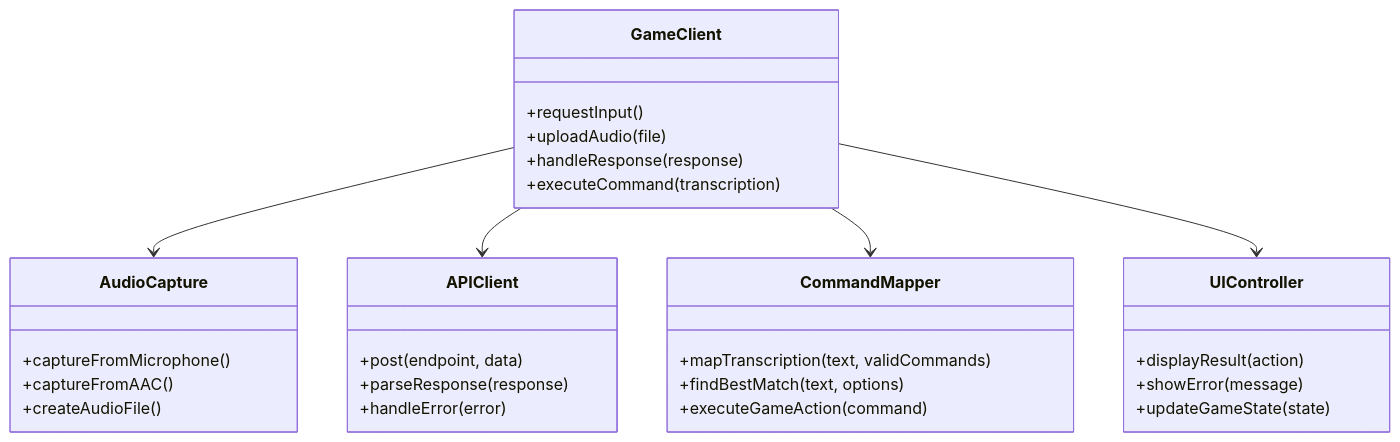
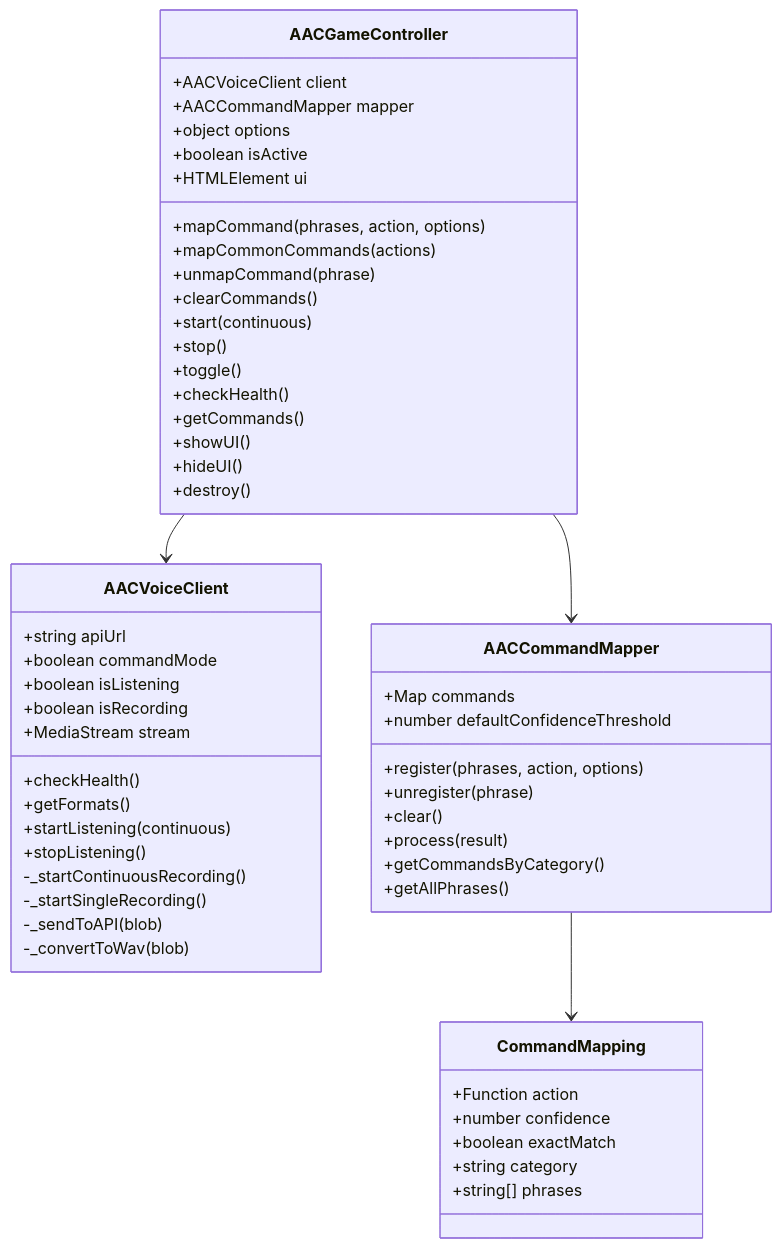
Before and after one commit to Capstone-Projects-2025-Fall/project-002-aac-api: the seventh of 7 diagrams in documentation/docs/system-architecture/design.md, drawn with Mermaid. The commit also changed other lines of this file, not shown here.

First line of the commit message:
updated design architecture

````diff
--- a/documentation/docs/system-architecture/design.md
+++ b/documentation/docs/system-architecture/design.md
@@ -414,38 +663,61 @@
 ```mermaid
 classDiagram
-    class GameClient {
-        +requestInput()
-        +uploadAudio(file)
-        +handleResponse(response)
-        +executeCommand(transcription)
+    class AACGameController {
+        +AACVoiceClient client
+        +AACCommandMapper mapper
+        +object options
+        +boolean isActive
+        +HTMLElement ui
+        +mapCommand(phrases, action, options)
+        +mapCommonCommands(actions)
+        +unmapCommand(phrase)
+        +clearCommands()
+        +start(continuous)
+        +stop()
+        +toggle()
+        +checkHealth()
+        +getCommands()
+        +showUI()
+        +hideUI()
+        +destroy()
     }
     
-    class AudioCapture {
-        +captureFromMicrophone()
-        +captureFromAAC()
-        +createAudioFile()
+    class AACVoiceClient {
+        +string apiUrl
+        +boolean commandMode
+        +boolean isListening
+        +boolean isRecording
+        +MediaStream stream
+        +checkHealth()
+        +getFormats()
+        +startListening(continuous)
+        +stopListening()
+        -_startContinuousRecording()
+        -_startSingleRecording()
+        -_sendToAPI(blob)
+        -_convertToWav(blob)
     }
     
-    class APIClient {
-        +post(endpoint, data)
-        +parseResponse(response)
-        +handleError(error)
+    class AACCommandMapper {
+        +Map commands
+        +number defaultConfidenceThreshold
+        +register(phrases, action, options)
+        +unregister(phrase)
+        +clear()
+        +process(result)
+        +getCommandsByCategory()
+        +getAllPhrases()
     }
     
-    class CommandMapper {
-        +mapTranscription(text, validCommands)
-        +findBestMatch(text, options)
-        +executeGameAction(command)
+    class CommandMapping {
+        +Function action
+        +number confidence
+        +boolean exactMatch
+        +string category
+        +string[] phrases
     }
     
-    class UIController {
-        +displayResult(action)
-        +showError(message)
-        +updateGameState(state)
-    }
-    
-    GameClient --> AudioCapture
-    GameClient --> APIClient
-    GameClient --> CommandMapper
-    GameClient --> UIController
+    AACGameController --> AACVoiceClient
+    AACGameController --> AACCommandMapper
+    AACCommandMapper --> CommandMapping
 ```
````
